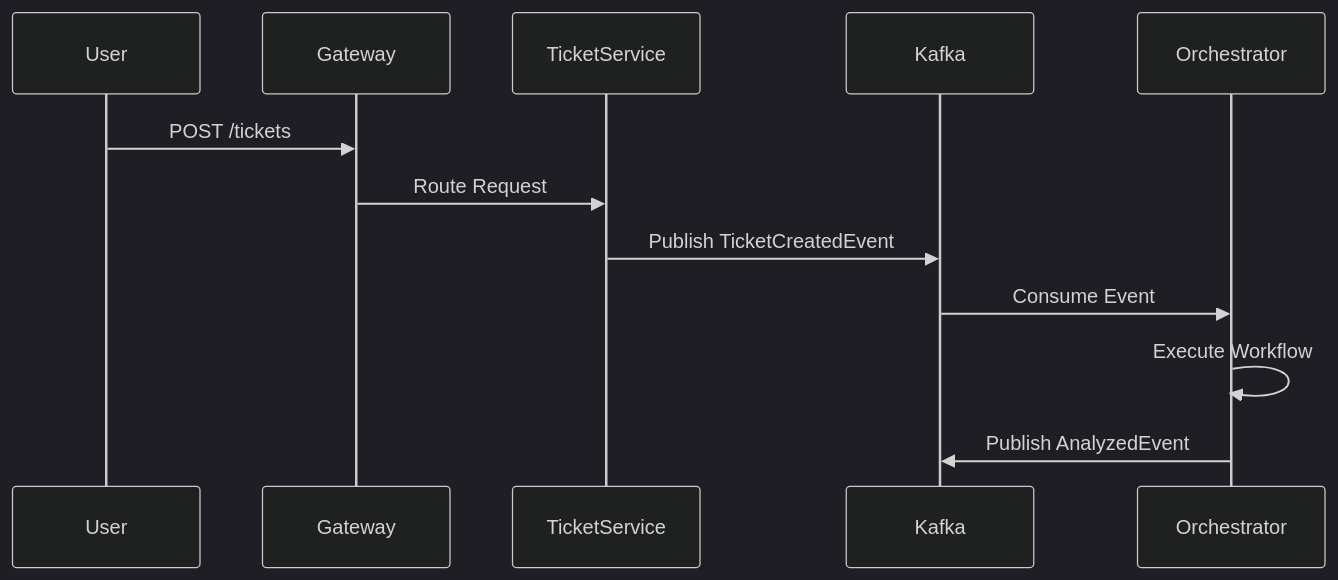
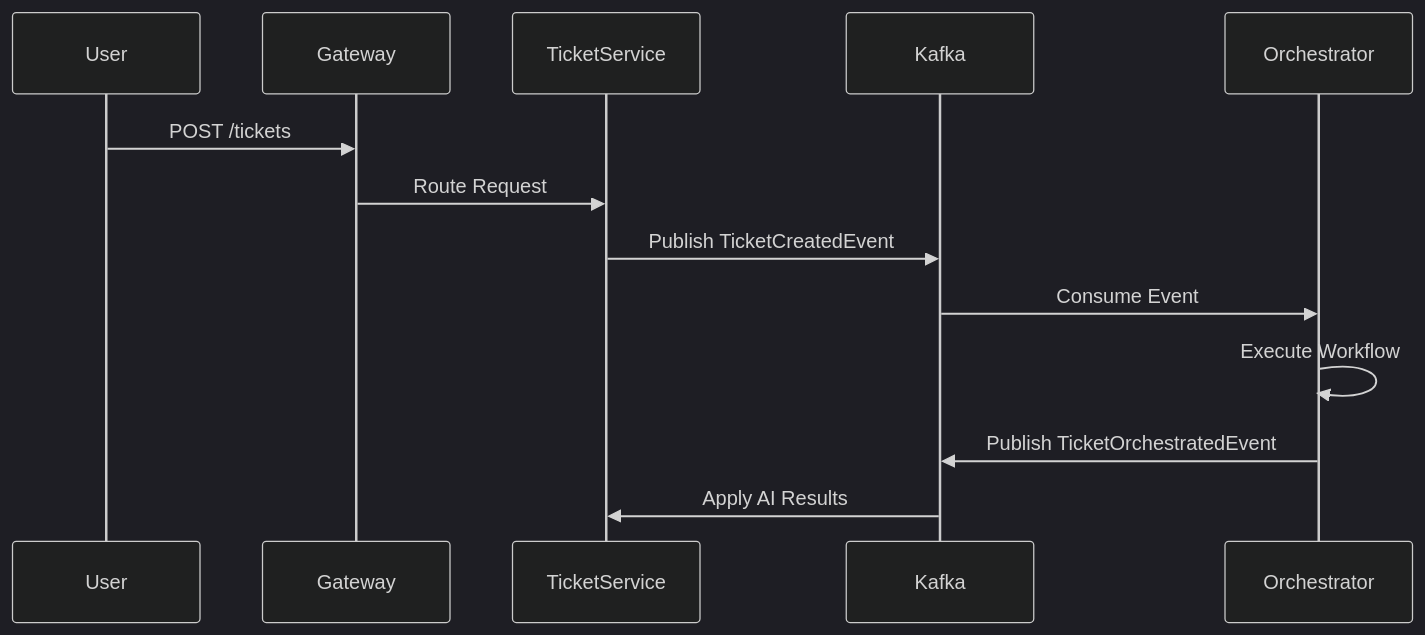
Before and after one commit to avisheksingha/ai-support-system: the diagram in docs/architecture/01-system-overview.md, drawn with Mermaid (dark theme). The commit also changed other lines of this file and 7 other files, not shown here.

````diff
--- a/docs/architecture/01-system-overview.md
+++ b/docs/architecture/01-system-overview.md
@@ -27,15 +31,16 @@
 ```mermaid
 sequenceDiagram
     participant User
     participant Gateway
     participant TicketService
     participant Kafka
     participant Orchestrator
     
     User->>Gateway: POST /tickets
     Gateway->>TicketService: Route Request
     TicketService->>Kafka: Publish TicketCreatedEvent
     Kafka->>Orchestrator: Consume Event
     Orchestrator->>Orchestrator: Execute Workflow
-    Orchestrator->>Kafka: Publish AnalyzedEvent
+    Orchestrator->>Kafka: Publish TicketOrchestratedEvent
+    Kafka->>TicketService: Apply AI Results
 ```
````
